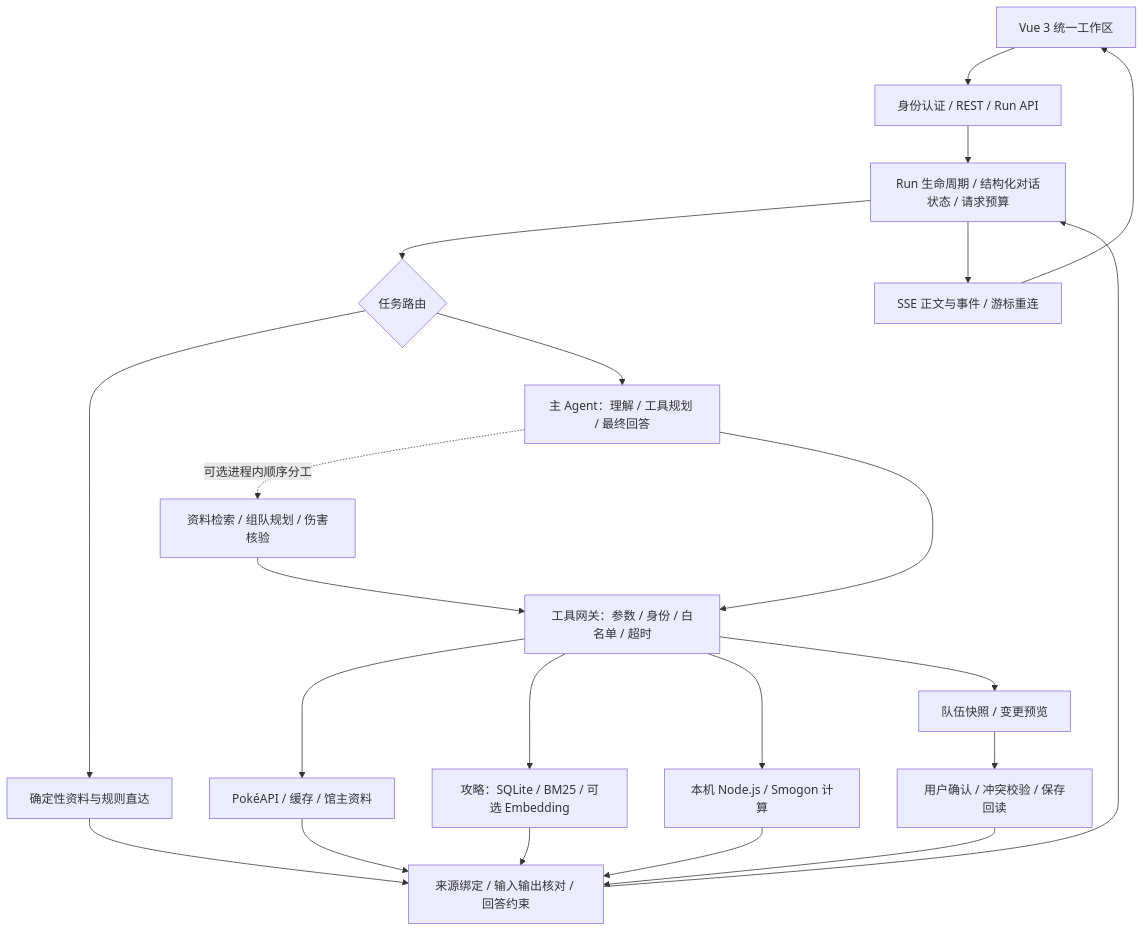
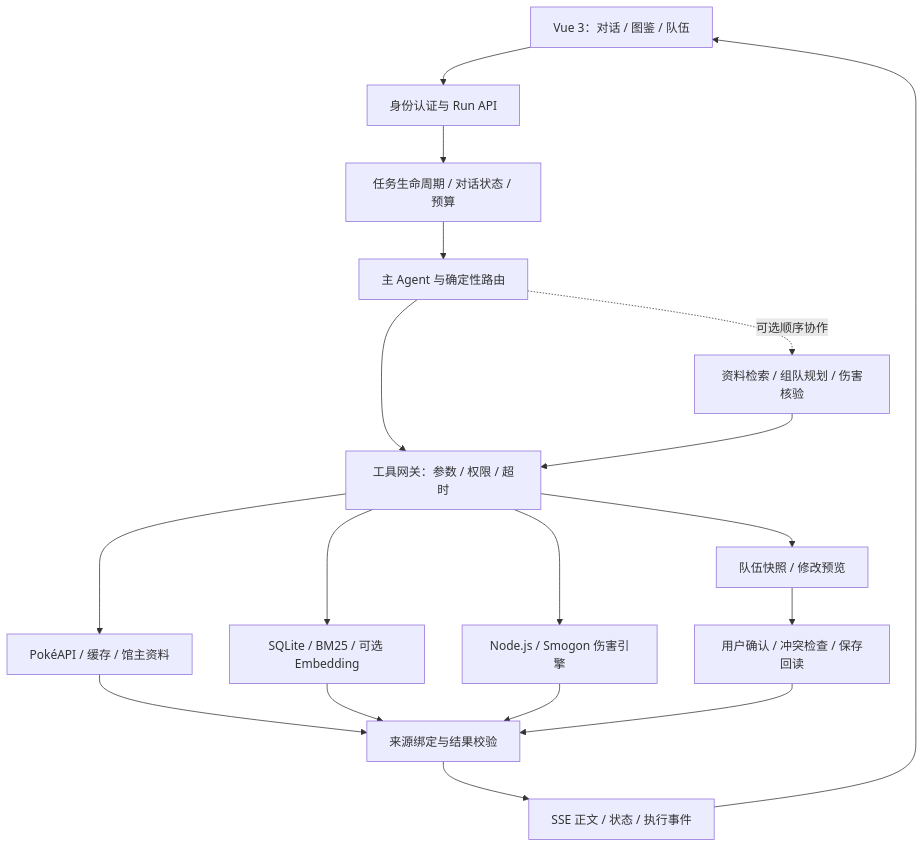
One commit to vioabio/AI-Agent changed the diagram in README.md. Above: the diagram before and after it, drawn with Mermaid. The commit also changed other lines of this file and 3 other files, not shown here.

````diff
--- a/README.md
+++ b/README.md
@@ -49,24 +63,20 @@
 ```mermaid
 flowchart TD
-    UI[Vue 3 统一工作区] --> API[身份认证 / REST / Run API]
-    API --> RUN[Run 生命周期 / 结构化对话状态 / 请求预算]
-    RUN --> ROUTE{任务路由}
-    ROUTE --> DIRECT[确定性资料与规则直达]
-    ROUTE --> MAIN[主 Agent：理解 / 工具规划 / 最终回答]
-    MAIN -. 可选进程内顺序分工 .-> SPECIAL[资料检索 / 组队规划 / 伤害核验]
-    MAIN --> GW[工具网关：参数 / 身份 / 白名单 / 超时]
-    SPECIAL --> GW
-    GW --> FACT[PokéAPI / 缓存 / 馆主资料]
-    GW --> RAG[攻略：SQLite / BM25 / 可选 Embedding]
-    GW --> CALC[本机 Node.js / Smogon 计算]
-    GW --> TEAM[队伍快照 / 变更预览]
-    TEAM --> HITL[用户确认 / 冲突校验 / 保存回读]
-    FACT --> EVIDENCE[来源绑定 / 输入输出核对 / 回答约束]
-    RAG --> EVIDENCE
-    CALC --> EVIDENCE
-    DIRECT --> EVIDENCE
-    HITL --> EVIDENCE
-    EVIDENCE --> RUN
-    RUN --> SSE[SSE 正文与事件 / 游标重连]
-    SSE --> UI
+    UI[Vue 3：对话 / 图鉴 / 队伍] --> API[身份认证与 Run API]
+    API --> RUN[任务生命周期 / 对话状态 / 预算]
+    RUN --> PLAN[主 Agent 与确定性路由]
+    PLAN -. 可选顺序协作 .-> ROLES[资料检索 / 组队规划 / 伤害核验]
+    PLAN --> GATE[工具网关：参数 / 权限 / 超时]
+    ROLES --> GATE
+    GATE --> FACT[PokéAPI / 缓存 / 馆主资料]
+    GATE --> RAG[SQLite / BM25 / 可选 Embedding]
+    GATE --> CALC[Node.js / Smogon 伤害引擎]
+    GATE --> TEAM[队伍快照 / 修改预览]
+    TEAM --> SAVE[用户确认 / 冲突检查 / 保存回读]
+    FACT --> CHECK[来源绑定与结果校验]
+    RAG --> CHECK
+    CALC --> CHECK
+    SAVE --> CHECK
+    CHECK --> OUT[SSE 正文 / 状态 / 执行事件]
+    OUT --> UI
 ```
````
